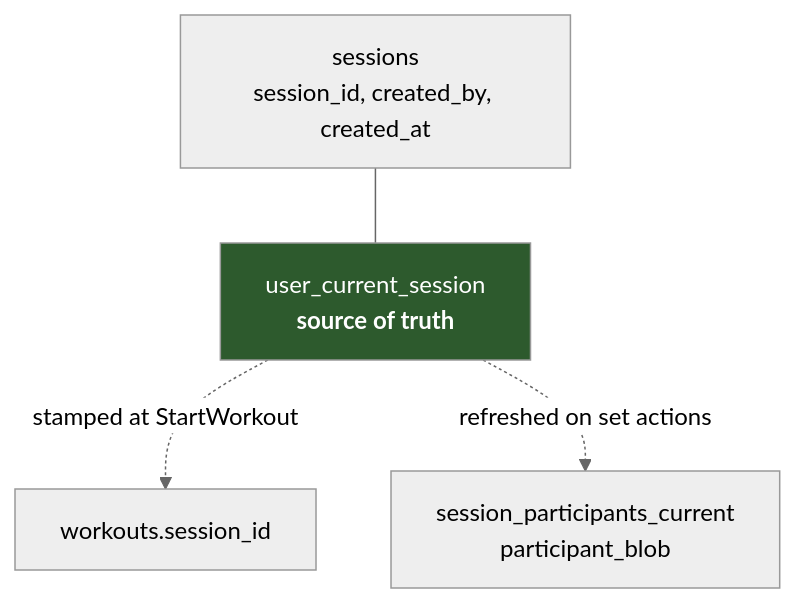
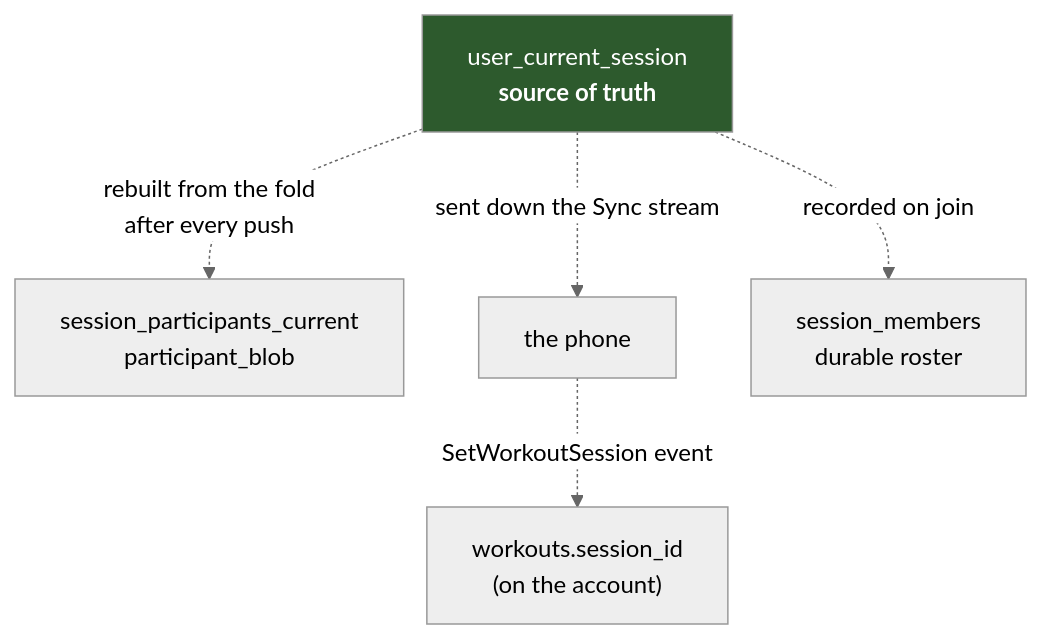
The first of 4 diagrams in docs/architecture/multiplayer.md (brensch/lift), drawn with Mermaid (neutral theme) before and after one commit. The commit also changed other lines of this file and 214 other files, not shown here.

````diff
--- a/docs/architecture/multiplayer.md
+++ b/docs/architecture/multiplayer.md
@@ -15,9 +17,10 @@
 ```mermaid
 graph TD
     ucs["user_current_session<br/><b>source of truth</b>"]
-    ucs -.->|"stamped at StartWorkout"| ws["workouts.session_id"]
-    ucs -.->|"refreshed on set actions"| spc["session_participants_current<br/>participant_blob"]
-    s["sessions<br/>session_id, created_by, created_at"] --- ucs
+    ucs -.->|"rebuilt from the fold<br/>after every push"| spc["session_participants_current<br/>participant_blob"]
+    ucs -.->|"sent down the Sync stream"| ph["the phone"]
+    ph -.->|"SetWorkoutSession event"| ws["workouts.session_id<br/>(on the account)"]
+    ucs -.->|"recorded on join"| sm["session_members<br/>durable roster"]
 
     style ucs fill:#2d5a2d,color:#fff
 ```
````
